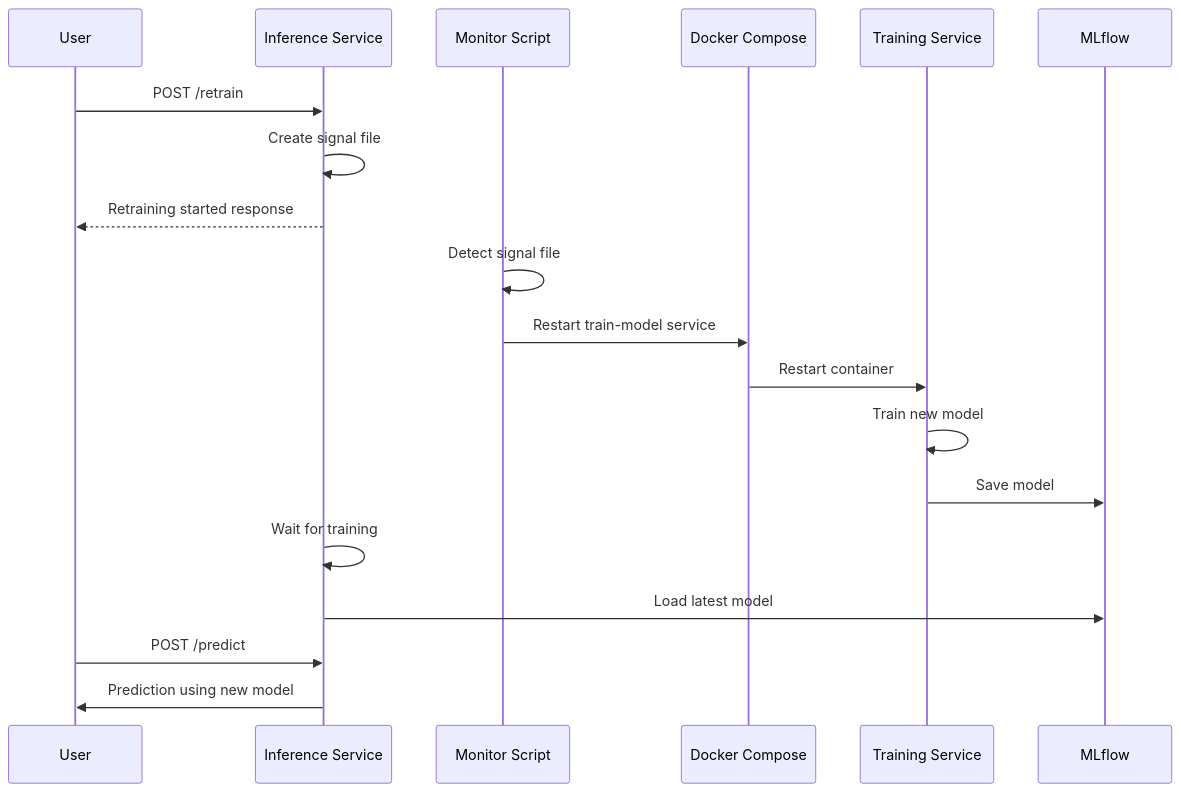
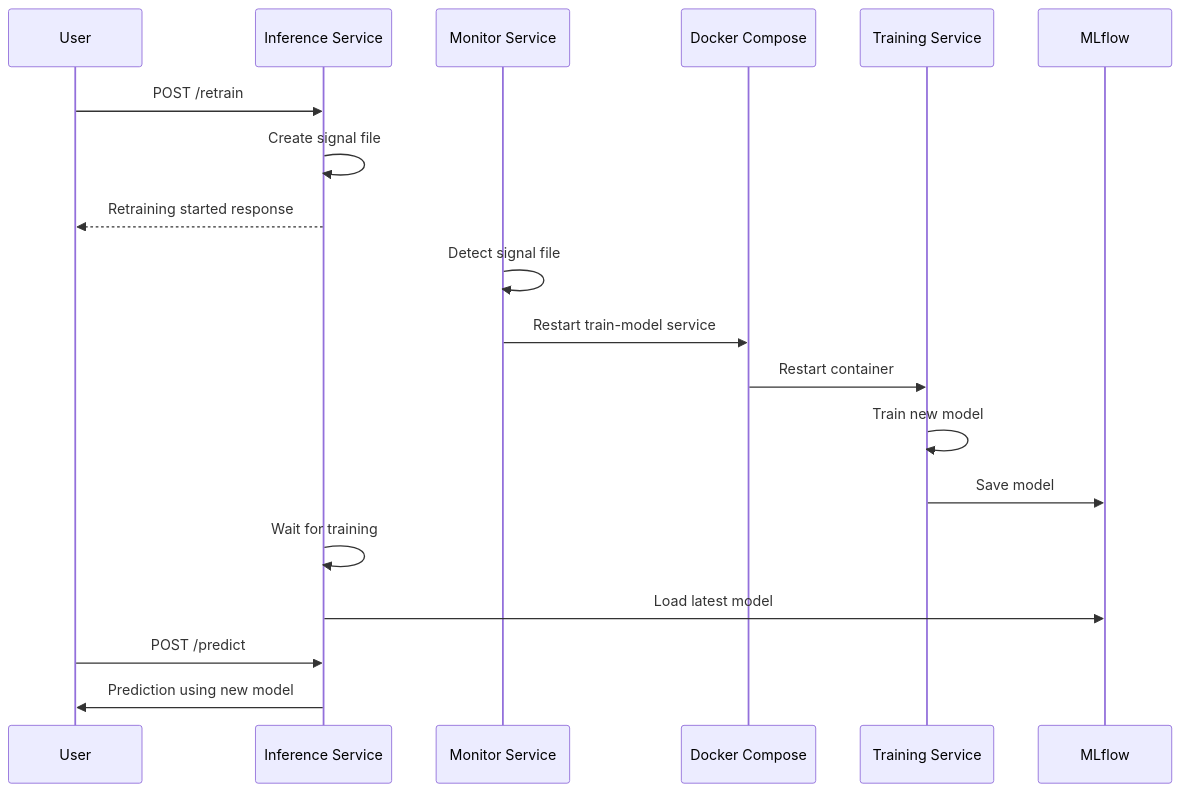
One commit to ssime-git/zenml_mlops_template changed the second of 2 diagrams in README.md. Above: the diagram before and after it, drawn with Mermaid. The commit also changed other lines of this file, not shown here.

````diff
--- a/README.md
+++ b/README.md
@@ -58,26 +58,26 @@
 ```mermaid
 sequenceDiagram
     participant User
     participant Inference as Inference Service
-    participant Monitor as Monitor Script
+    participant Monitor as Monitor Service
     participant Docker as Docker Compose
     participant Training as Training Service
     participant MLflow
     
     User->>Inference: POST /retrain
     Inference->>Inference: Create signal file
     Inference-->>User: Retraining started response
     
     Monitor->>Monitor: Detect signal file
     Monitor->>Docker: Restart train-model service
     Docker->>Training: Restart container
     
     Training->>Training: Train new model
     Training->>MLflow: Save model
     
     Inference->>Inference: Wait for training
     Inference->>MLflow: Load latest model
     
     User->>Inference: POST /predict
     Inference->>User: Prediction using new model
 ```
````
